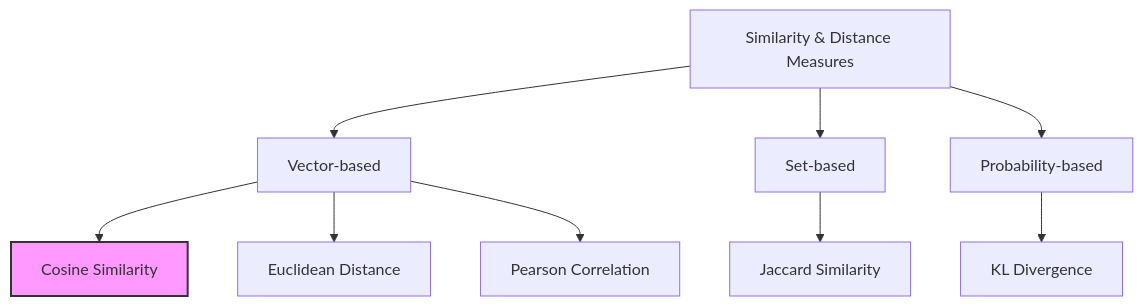
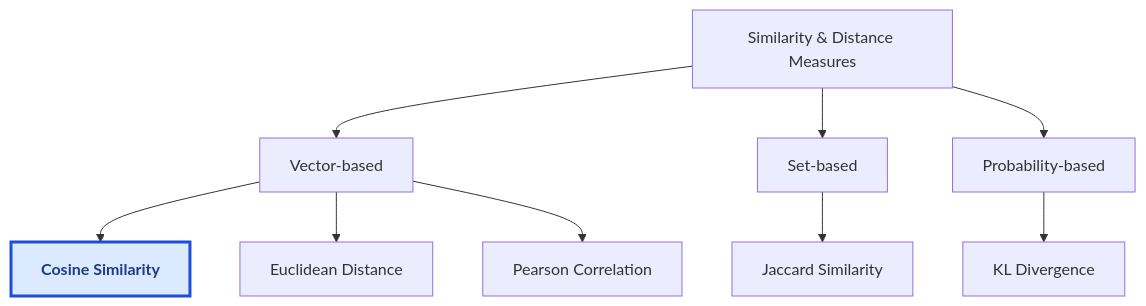
One commit to ilwon-seo/terms changed the second of 3 diagrams in C/Cosine similarity.md. Above: the diagram before and after it, drawn with Mermaid. The commit also changed other lines of this file and 18 other files, not shown here.

Commit message:
Standardize current-term Mermaid styling

````diff
--- a/C/Cosine similarity.md
+++ b/C/Cosine similarity.md
@@ -85,15 +92,16 @@
 ```mermaid
 graph TD
     Root[Similarity & Distance Measures] --> Vec[Vector-based]
     Root --> Set[Set-based]
     Root --> Prob[Probability-based]
 
     Vec --> Cos[Cosine Similarity]
     Vec --> Euc[Euclidean Distance]
     Vec --> Pear[Pearson Correlation]
     
     Set --> Jac[Jaccard Similarity]
     Prob --> KL[KL Divergence]
 
-    style Cos fill:#f9f,stroke:#333,stroke-width:2px
+    classDef currentTerm fill:#dbeafe,stroke:#1d4ed8,stroke-width:3px,color:#1e3a8a,font-weight:bold
+    class Cos currentTerm
 ```
````
